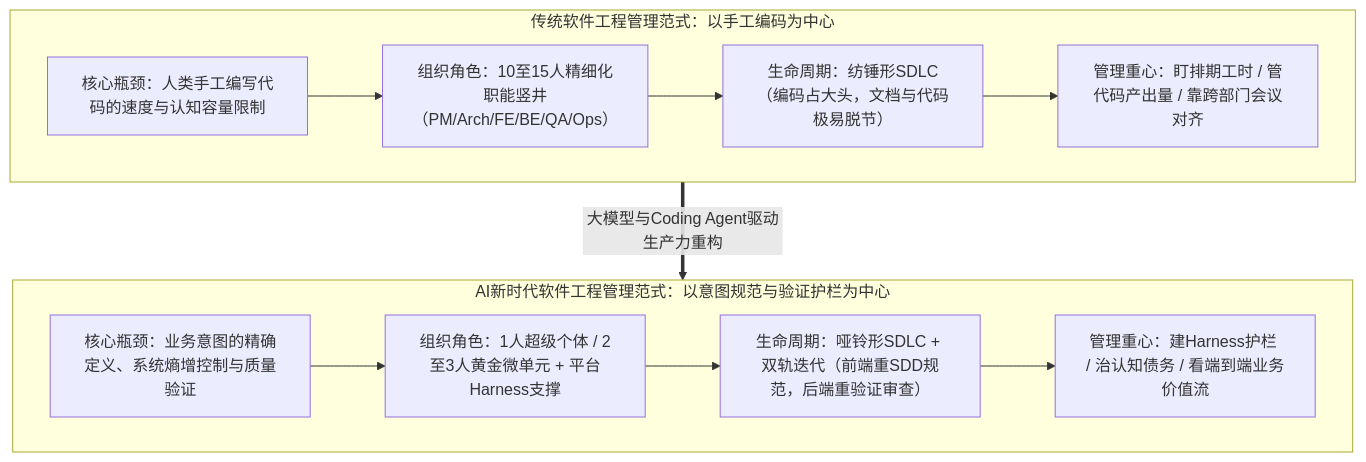
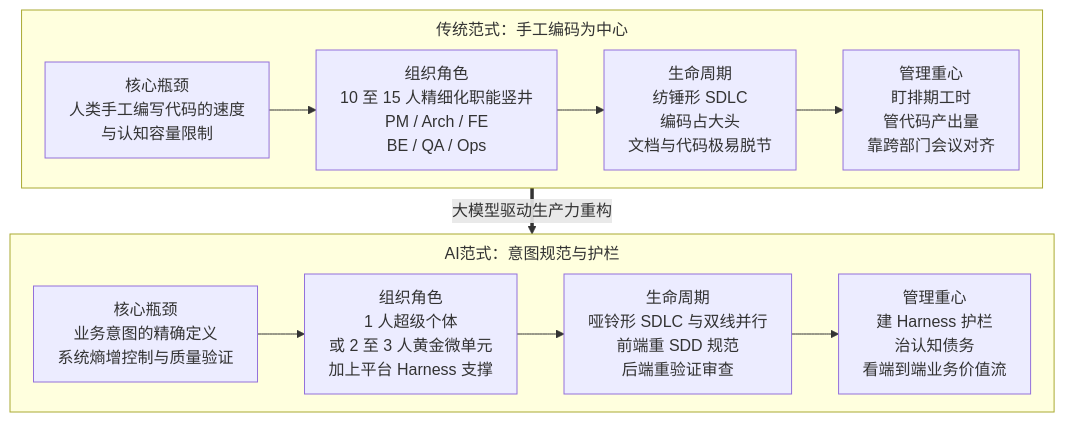
Before and after one commit to gqcn/johns-blog: the fifth of 5 diagrams in docs/docs/1000-AI技术/200-应用开发/400-工程管理与实践/10000-AI时代的软件工程管理：角色重构、生命周期演进与治理新范式.md, drawn with Mermaid. The commit also changed other lines of this file and 1 other file, not shown here.

Commit message:
feat: enhance markdown formatting guidelines for mermaid diagrams and content clarity

````diff
--- a/docs/docs/1000-AI技术/200-应用开发/400-工程管理与实践/10000-AI时代的软件工程管理：角色重构、生命周期演进与治理新范式.md
+++ b/docs/docs/1000-AI技术/200-应用开发/400-工程管理与实践/10000-AI时代的软件工程管理：角色重构、生命周期演进与治理新范式.md
@@ -484,20 +486,21 @@
 ```mermaid
+%%{init: {"flowchart": {"wrappingWidth": 240, "nodeSpacing": 16, "rankSpacing": 22, "padding": 12, "subGraphTitleMargin": {"top": 8, "bottom": 14}}}}%%
 flowchart TB
-    subgraph legacy ["传统软件工程管理范式：以手工编码为中心"]
+    subgraph legacy ["传统范式：手工编码为中心"]
         direction LR
-        T_Core["核心瓶颈：人类手工编写代码的速度与认知容量限制"]
-        T_Role["组织角色：10至15人精细化职能竖井（PM/Arch/FE/BE/QA/Ops）"]
-        T_Life["生命周期：纺锤形SDLC（编码占大头，文档与代码极易脱节）"]
-        T_Mgmt["管理重心：盯排期工时 / 管代码产出量 / 靠跨部门会议对齐"]
+        T_Core["核心瓶颈<br/>人类手工编写代码的速度<br/>与认知容量限制"]
+        T_Role["组织角色<br/>10 至 15 人精细化职能竖井<br/>PM / Arch / FE<br/>BE / QA / Ops"]
+        T_Life["生命周期<br/>纺锤形 SDLC<br/>编码占大头<br/>文档与代码极易脱节"]
+        T_Mgmt["管理重心<br/>盯排期工时<br/>管代码产出量<br/>靠跨部门会议对齐"]
         T_Core --> T_Role --> T_Life --> T_Mgmt
     end
-    subgraph modern ["AI新时代软件工程管理范式：以意图规范与验证护栏为中心"]
+    subgraph modern ["AI范式：意图规范与护栏"]
         direction LR
-        A_Core["核心瓶颈：业务意图的精确定义、系统熵增控制与质量验证"]
-        A_Role["组织角色：1人超级个体 / 2至3人黄金微单元 + 平台Harness支撑"]
-        A_Life["生命周期：哑铃形SDLC + 双轨迭代（前端重SDD规范，后端重验证审查）"]
-        A_Mgmt["管理重心：建Harness护栏 / 治认知债务 / 看端到端业务价值流"]
+        A_Core["核心瓶颈<br/>业务意图的精确定义<br/>系统熵增控制与质量验证"]
+        A_Role["组织角色<br/>1 人超级个体<br/>或 2 至 3 人黄金微单元<br/>加上平台 Harness 支撑"]
+        A_Life["生命周期<br/>哑铃形 SDLC 与双线并行<br/>前端重 SDD 规范<br/>后端重验证审查"]
+        A_Mgmt["管理重心<br/>建 Harness 护栏<br/>治认知债务<br/>看端到端业务价值流"]
         A_Core --> A_Role --> A_Life --> A_Mgmt
     end
-    legacy ==>|大模型与Coding Agent驱动生产力重构| modern
+    legacy ==>|大模型驱动生产力重构| modern
 ```
````
